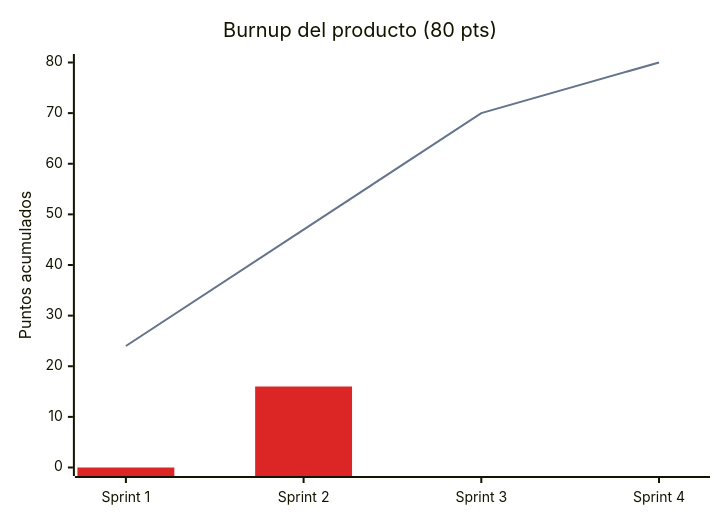
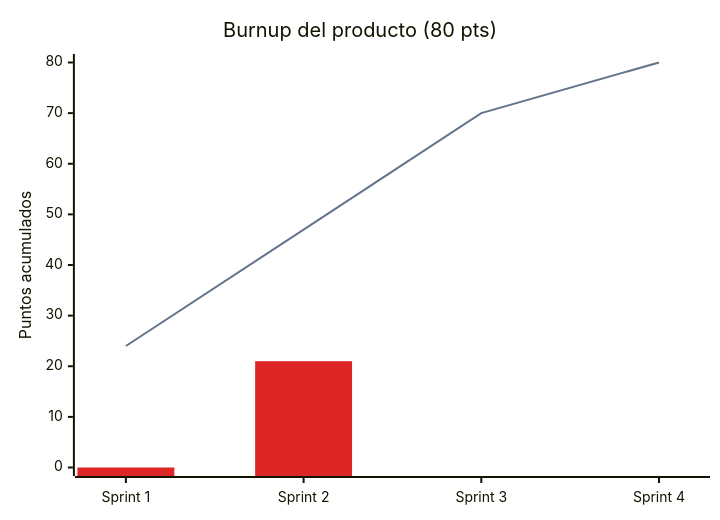
The second of 2 diagrams in docs/scrum/burndown.md (notNorthStar/Abarrotes-), drawn with Mermaid before and after one commit. The commit also changed other lines of this file and 15 other files, not shown here.

````diff
--- a/docs/scrum/burndown.md
+++ b/docs/scrum/burndown.md
@@ -57,9 +57,9 @@
 ```mermaid
 %%{init: {"themeVariables": {"xyChart": {"plotColorPalette": "#64748b, #dc2626"}}}}%%
 xychart-beta
     title "Burnup del producto (80 pts)"
     x-axis ["Sprint 1", "Sprint 2", "Sprint 3", "Sprint 4"]
     y-axis "Puntos acumulados" 0 --> 80
     line [24, 47, 70, 80]
-    bar [0, 16]
+    bar [0, 21]
 ```
````
